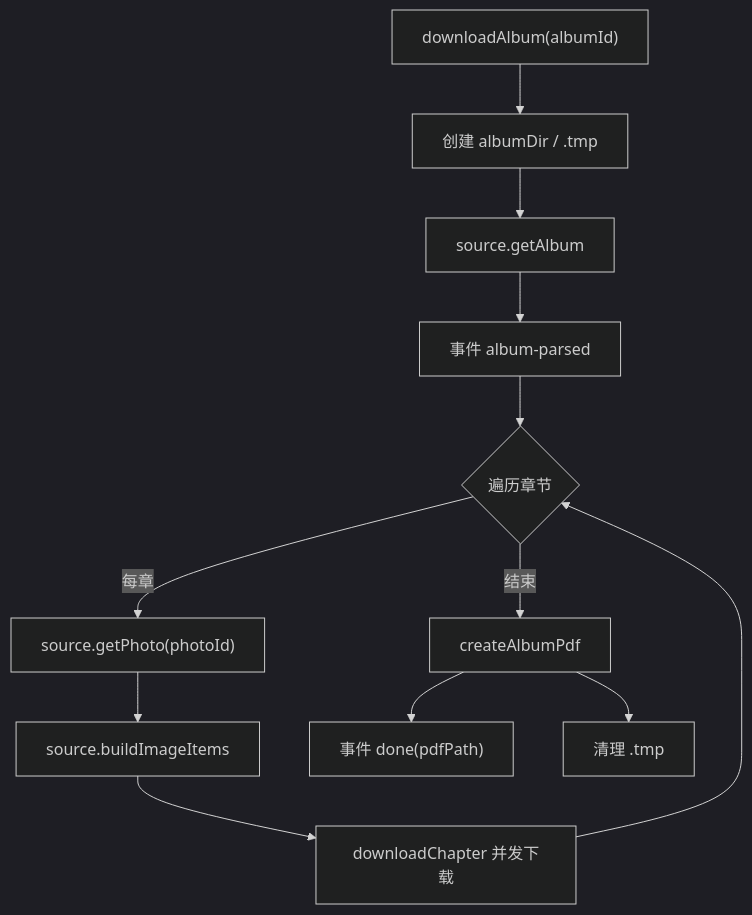
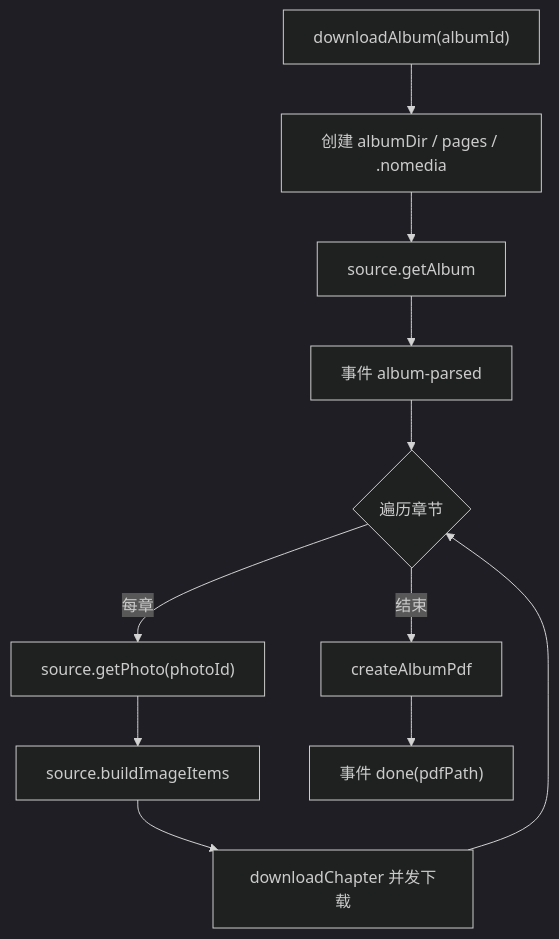
Before and after one commit to aDarkMaker/JMFM: the first of 2 diagrams in docs/architecture/download.md, drawn with Mermaid (dark theme). The commit also changed other lines of this file and 10 other files, not shown here.

Commit message:
docs: refresh architecture and changelog

````diff
--- a/docs/architecture/download.md
+++ b/docs/architecture/download.md
@@ -9,14 +9,13 @@
 ```mermaid
 flowchart TD
-    start["downloadAlbum(albumId)"] --> mk["创建 albumDir / .tmp"]
+    start["downloadAlbum(albumId)"] --> mk["创建 albumDir / pages / .nomedia"]
     mk --> album["source.getAlbum"]
     album --> ev1["事件 album-parsed"]
     ev1 --> loop{"遍历章节"}
     loop -->|每章| ph["source.getPhoto(photoId)"]
     ph --> items["source.buildImageItems"]
     items --> chap["downloadChapter 并发下载"]
     chap --> loop
     loop -->|结束| pdf["createAlbumPdf"]
     pdf --> ev2["事件 done(pdfPath)"]
-    pdf --> clean["清理 .tmp"]
 ```
````
